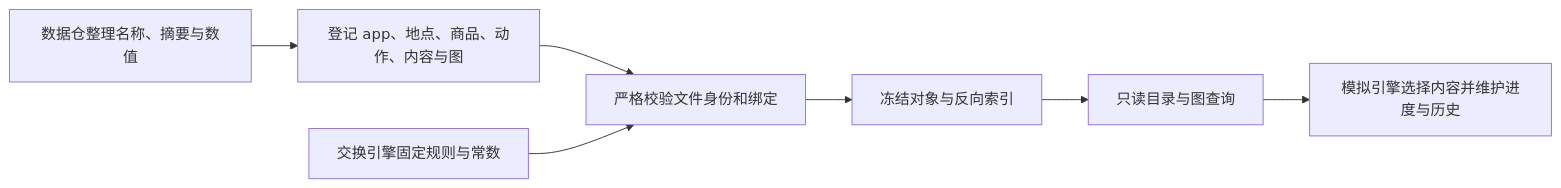
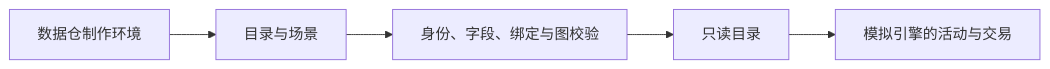
Before and after one commit to HoldThatThgt/WorldMock: the diagram in docs/design/03-resource-engine.md, drawn with Mermaid. The commit also changed other lines of this file and 875 other files, not shown here.

````diff
--- a/docs/design/03-resource-engine.md
+++ b/docs/design/03-resource-engine.md
@@ -46,9 +10,7 @@
 ```mermaid
 flowchart LR
-    D[数据仓整理名称、摘要与数值] --> C[登记 app、地点、商品、动作、内容与图]
-    C --> V[严格校验文件身份和绑定]
-    V --> I[冻结对象与反向索引]
-    I --> Q[只读目录与图查询]
-    Q --> S[模拟引擎选择内容并维护进度与历史]
-    X[交换引擎固定规则与常数] --> V
+    D[数据仓制作环境] --> C[目录与场景]
+    C --> V[身份、字段、绑定与图校验]
+    V --> F[只读目录]
+    F --> W[模拟引擎的活动与交易]
 ```
````
